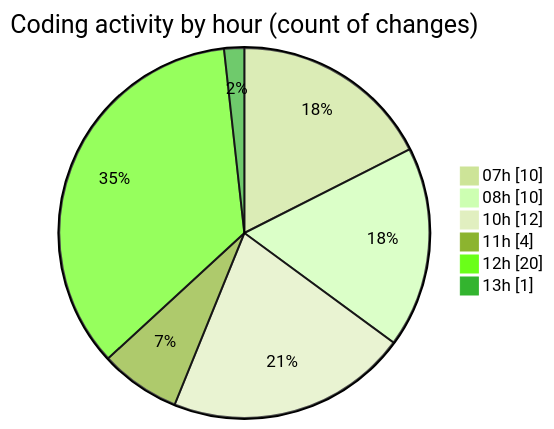
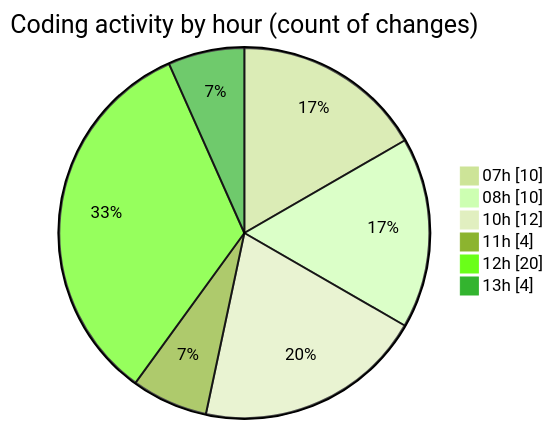
Before and after one commit to tmsrecording-cyber/code-tracking: the second of 2 diagrams in 2026-02-08/singularitybrainai/README.md, drawn with Mermaid (forest theme). The commit also changed other lines of this file and 1 other file, not shown here.

````diff
--- a/2026-02-08/singularitybrainai/README.md
+++ b/2026-02-08/singularitybrainai/README.md
@@ -39,10 +40,10 @@
 ```mermaid
 pie showData
 title Coding activity by hour (count of changes)
 "07h" : 10
 "08h" : 10
 "10h" : 12
 "11h" : 4
 "12h" : 20
-"13h" : 1
+"13h" : 4
 ```
````
